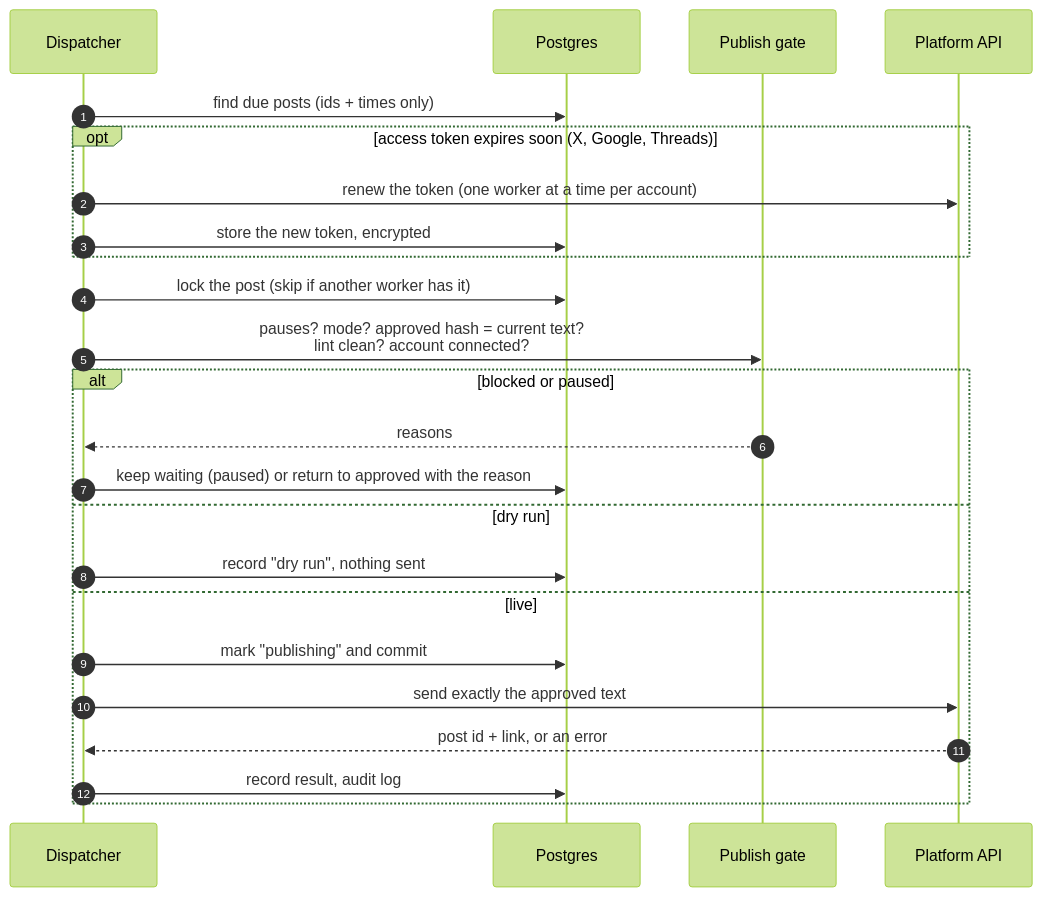
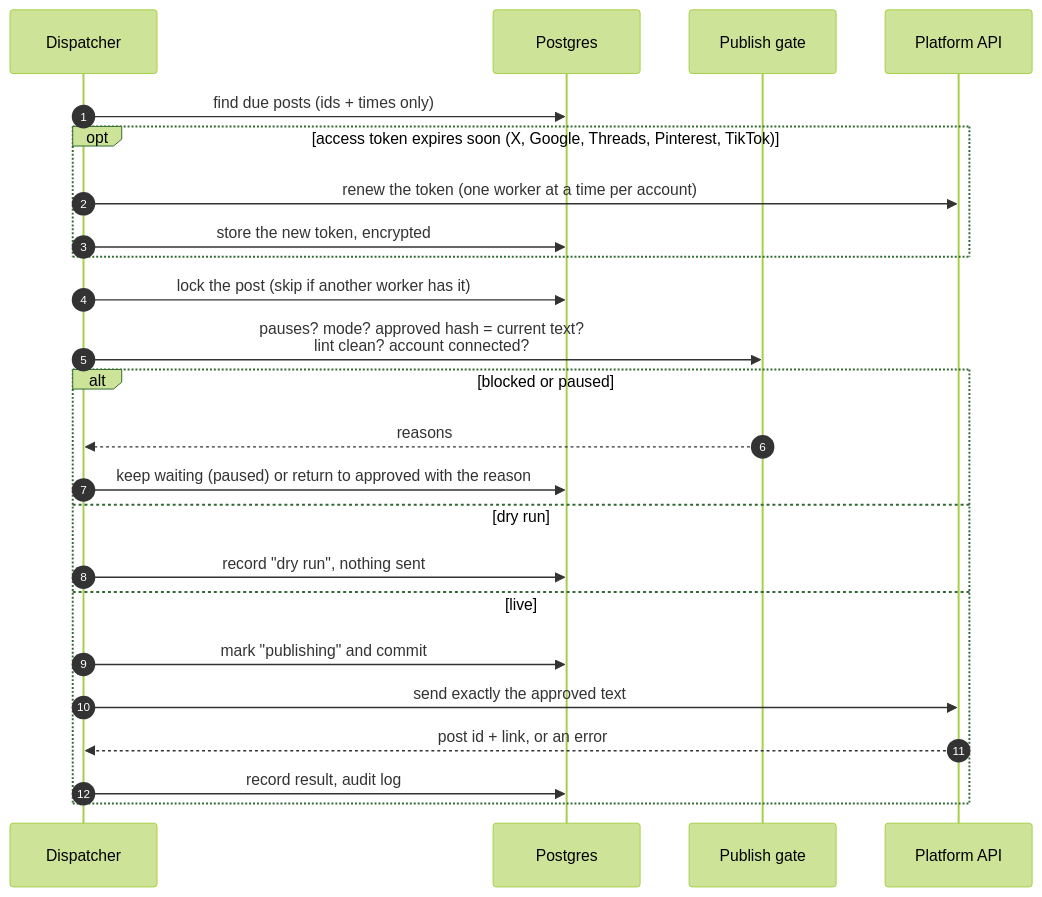
One commit to CptNope/Social-Media-Automation changed the fourth of 5 diagrams in README.md. Above: the diagram before and after it, drawn with Mermaid (forest theme). The commit also changed other lines of this file and 54 other files, not shown here.

````diff
--- a/README.md
+++ b/README.md
@@ -195,26 +196,26 @@
 ```mermaid
 sequenceDiagram
     autonumber
     participant D as Dispatcher
     participant DB as Postgres
     participant G as Publish gate
     participant A as Platform API
     D->>DB: find due posts (ids + times only)
-    opt access token expires soon (X, Google, Threads)
+    opt access token expires soon (X, Google, Threads, Pinterest, TikTok)
         D->>A: renew the token (one worker at a time per account)
         D->>DB: store the new token, encrypted
     end
     D->>DB: lock the post (skip if another worker has it)
     D->>G: pauses? mode? approved hash = current text?<br/>lint clean? account connected?
     alt blocked or paused
         G-->>D: reasons
         D->>DB: keep waiting (paused) or return to approved with the reason
     else dry run
         D->>DB: record "dry run", nothing sent
     else live
         D->>DB: mark "publishing" and commit
         D->>A: send exactly the approved text
         A-->>D: post id + link, or an error
         D->>DB: record result, audit log
     end
 ```
````
